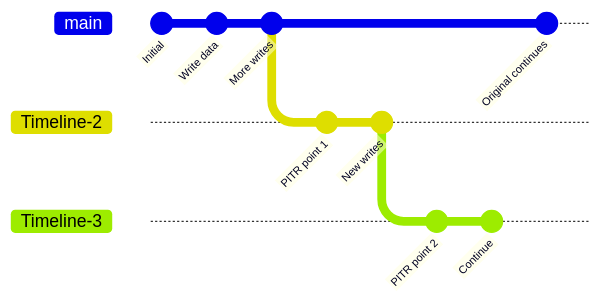
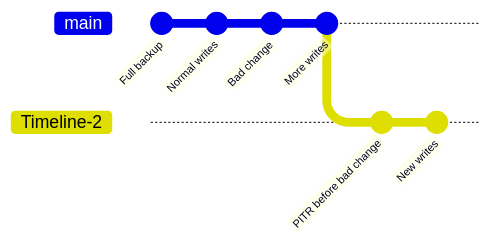
One commit to pgsty/pigsty.io changed the diagram in content/docs/concept/pitr/mechanism.md. Above: the diagram before and after it, drawn with Mermaid. The commit also changed other lines of this file and 15 other files, not shown here.

First line of the commit message:
docs(pitr): rewrite the PITR concept chapter and backup runbooks

````diff
--- a/content/docs/concept/pitr/mechanism.md
+++ b/content/docs/concept/pitr/mechanism.md
@@ -147,16 +99,11 @@
 ```mermaid
 gitGraph
-    commit id: "Initial"
-    commit id: "Write data"
+    commit id: "Full backup"
+    commit id: "Normal writes"
+    commit id: "Bad change"
     commit id: "More writes"
     branch Timeline-2
     checkout Timeline-2
-    commit id: "PITR point 1"
+    commit id: "PITR before bad change"
     commit id: "New writes"
-    branch Timeline-3
-    checkout Timeline-3
-    commit id: "PITR point 2"
-    commit id: "Continue"
-    checkout main
-    commit id: "Original continues"
 ```
````
